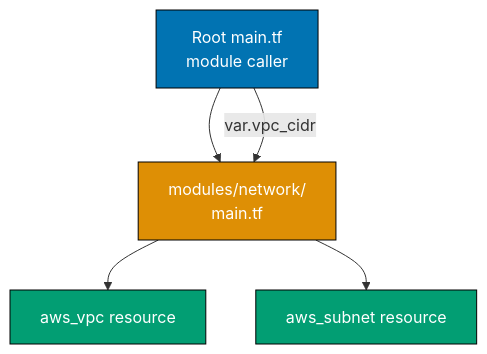
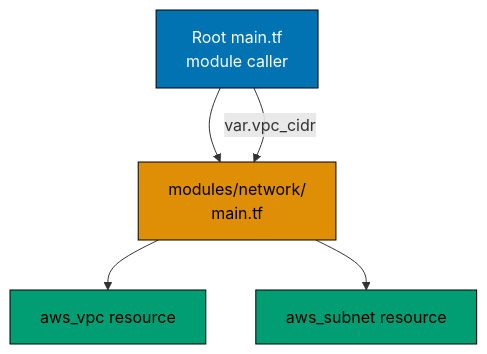
Before and after one commit to wahidyankf/ose-public: the first of 9 diagrams in apps/ayokoding-www/content/en/learn/legacy/software-engineering/infrastructure/infrastructure-as-code/by-example/intermediate.md, drawn with Mermaid. The commit also changed other lines of this file and 131 other files, not shown here.

First line of the commit message:
fix(mermaid): bring the legacy data, infrastructure, and testing diagrams onto the accessible palette

````diff
--- a/apps/ayokoding-www/content/en/learn/legacy/software-engineering/infrastructure/infrastructure-as-code/by-example/intermediate.md
+++ b/apps/ayokoding-www/content/en/learn/legacy/software-engineering/infrastructure/infrastructure-as-code/by-example/intermediate.md
@@ -32,13 +32,19 @@
 ```mermaid
 %% Color Palette: Blue #0173B2, Orange #DE8F05, Teal #029E73, Purple #CC78BC, Brown #CA9161
 graph TD
+  accTitle: Example 29: Local Module with Input Variables
+  accDescr: Graph with 4 nodes and 4 connections. Nodes: Root main.tf module caller, modules/network/ main.tf, aws_vpc resource, aws_subnet resource. Connections: Root main.tf module caller to modules/network/ main.tf, modules/network/ main.tf to aws_vpc resource, modules/network/ main.tf to aws_subnet resource, Root main.tf module caller to modules/network/ main.tf (var.vpc_cidr).
   A["Root main.tf<br/>module caller"] --> B["modules/network/<br/>main.tf"]
   B --> C["aws_vpc resource"]
   B --> D["aws_subnet resource"]
   A -->|"var.vpc_cidr"| B
 
-  style A fill:#0173B2,stroke:#000,color:#fff
-  style B fill:#DE8F05,stroke:#000,color:#fff
-  style C fill:#029E73,stroke:#000,color:#fff
-  style D fill:#029E73,stroke:#000,color:#fff
+  classDef pal-0173B2 fill:#0173B2,stroke:#000000,color:#FFFFFF
+  class A pal-0173B2
+  classDef pal-DE8F05 fill:#DE8F05,stroke:#000000,color:#000000
+  class B pal-DE8F05
+  classDef pal-029E73 fill:#029E73,stroke:#000000,color:#000000
+  class C pal-029E73
+  class D pal-029E73
+  classDef default fill:#FFFFFF,stroke:#000000,color:#000000
 ```
````
